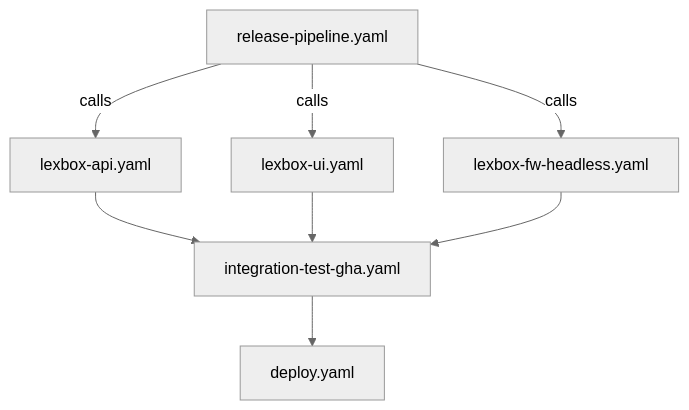
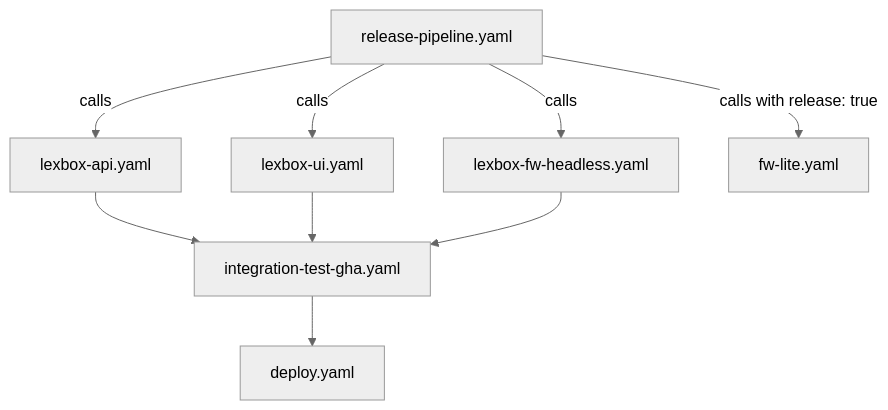
Before and after one commit to sillsdev/languageforge-lexbox: the first of 2 diagrams in .github/AGENTS.md, drawn with Mermaid (neutral theme). The commit also changed other lines of this file and 9 other files, not shown here.

First line of the commit message:
Release LexBox and FW Lite from one manual dispatch

````diff
--- a/.github/AGENTS.md
+++ b/.github/AGENTS.md
@@ -74,12 +74,13 @@
 ```mermaid
 flowchart TD
     RP[release-pipeline.yaml] -->|calls| API[lexbox-api.yaml]
     RP -->|calls| UI[lexbox-ui.yaml]
     RP -->|calls| FWH[lexbox-fw-headless.yaml]
+    RP -->|calls with release: true| FWL[fw-lite.yaml]
     
     API --> IT[integration-test-gha.yaml]
     UI --> IT
     FWH --> IT
     
     IT --> DEP[deploy.yaml]
 ```
````
